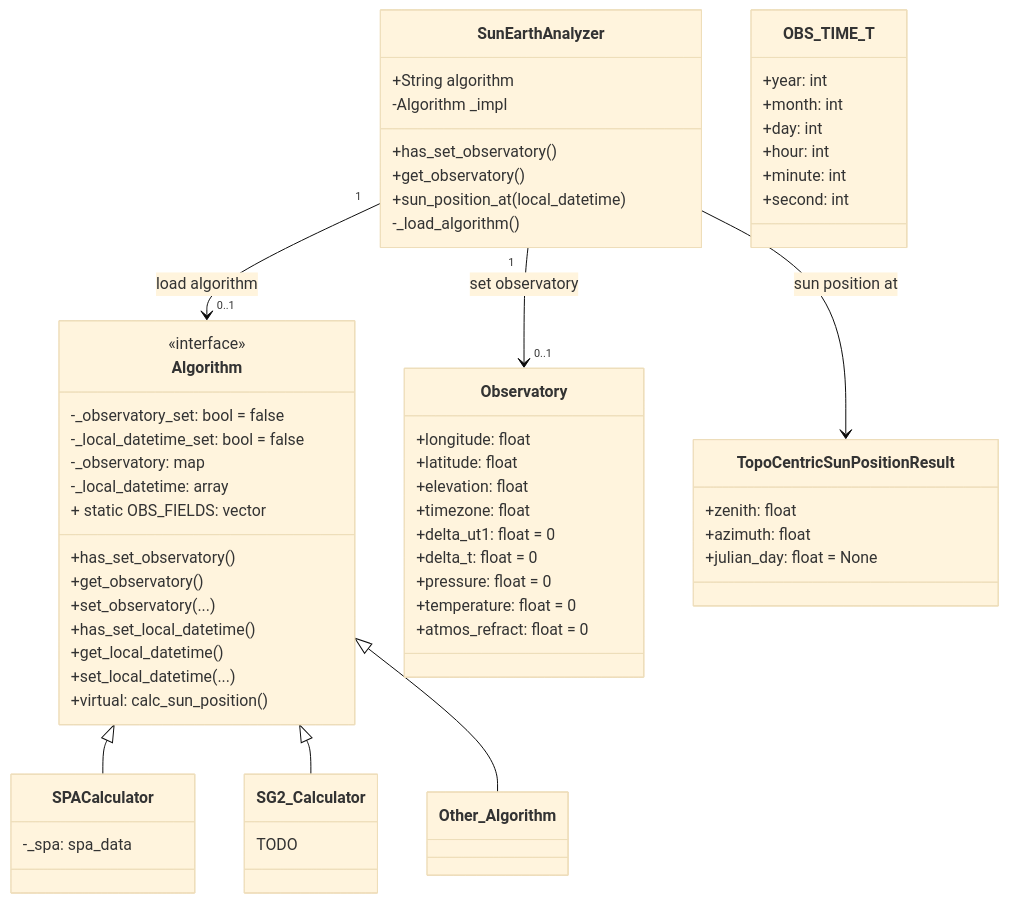
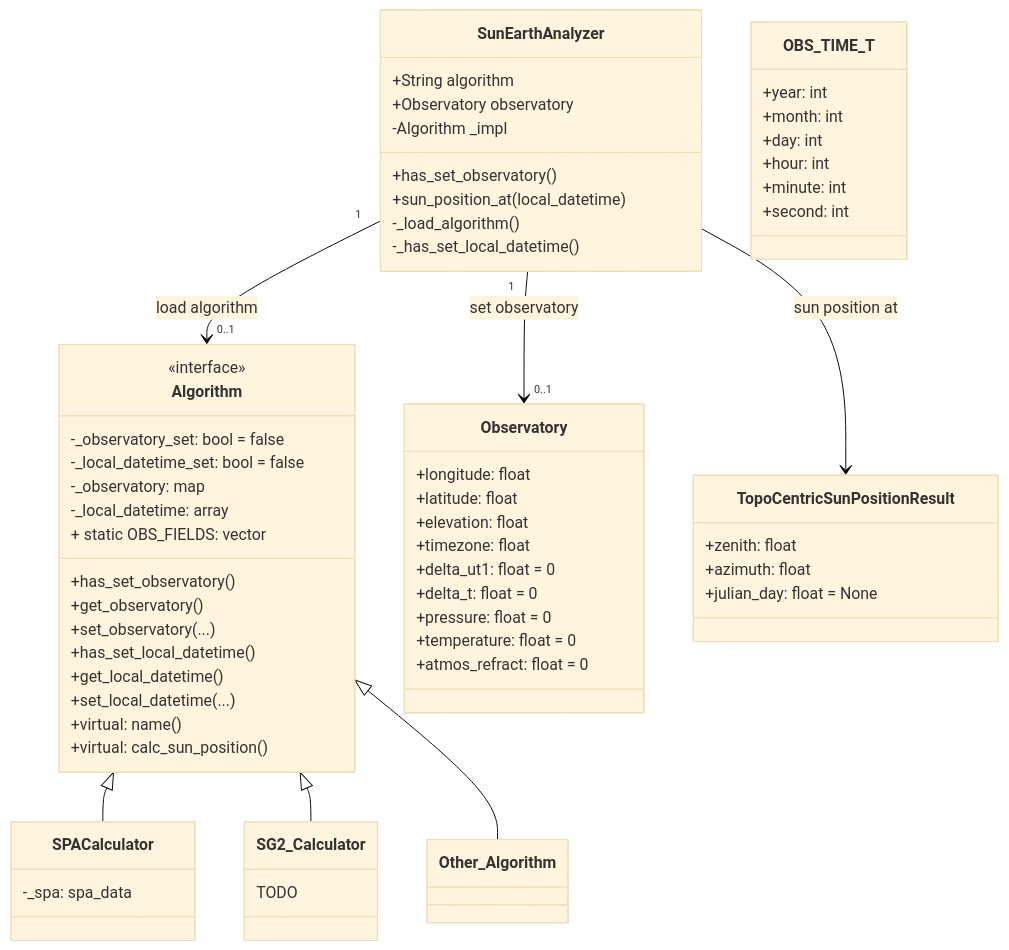
Before and after one commit to mikesongming/SE-Geometry: the third of 3 diagrams in docs/dev-guide/dev-guide.md, drawn with Mermaid (base theme). The commit also changed 6 other files, not shown here.

````diff
--- a/docs/dev-guide/dev-guide.md
+++ b/docs/dev-guide/dev-guide.md
@@ -106,64 +106,66 @@
 ``` mermaid
 classDiagram
     SunEarthAnalyzer "1" --> "0..1" Algorithm: load algorithm
     SunEarthAnalyzer "1" --> "0..1" Observatory: set observatory
     SunEarthAnalyzer --> TopoCentricSunPositionResult: sun position at
     Algorithm <|-- SPACalculator
     Algorithm <|-- SG2_Calculator
     Algorithm <|-- Other_Algorithm
     class SunEarthAnalyzer {
         +String algorithm
+        +Observatory observatory
         -Algorithm _impl
         +has_set_observatory()
-        +get_observatory()
         +sun_position_at(local_datetime)
         -_load_algorithm()
+        -_has_set_local_datetime()
     }
     class Algorithm {
         -_observatory_set: bool = false
         -_local_datetime_set: bool = false
         -_observatory: map<string, double>
         -_local_datetime: array<int>
         + static OBS_FIELDS: vector<string>
         +has_set_observatory()
         +get_observatory()
         +set_observatory(...)
         +has_set_local_datetime()
         +get_local_datetime()
         +set_local_datetime(...)
+        +virtual: name()
         +virtual: calc_sun_position()
     }
     <<interface>> Algorithm
     class SPACalculator {
         -_spa: spa_data
 
     }
     class SG2_Calculator {
         TODO
     }
     class Observatory {
         +longitude: float
         +latitude: float
         +elevation: float
         +timezone: float
         +delta_ut1: float = 0
         +delta_t: float = 0
         +pressure: float = 0
         +temperature: float = 0
         +atmos_refract: float = 0
     }
 
     class OBS_TIME_T {
         +year: int
         +month: int
         +day: int
         +hour: int
         +minute: int
         +second: int
     }
     class TopoCentricSunPositionResult {
         +zenith: float
         +azimuth: float
         +julian_day: float = None
     }
 ```
````
